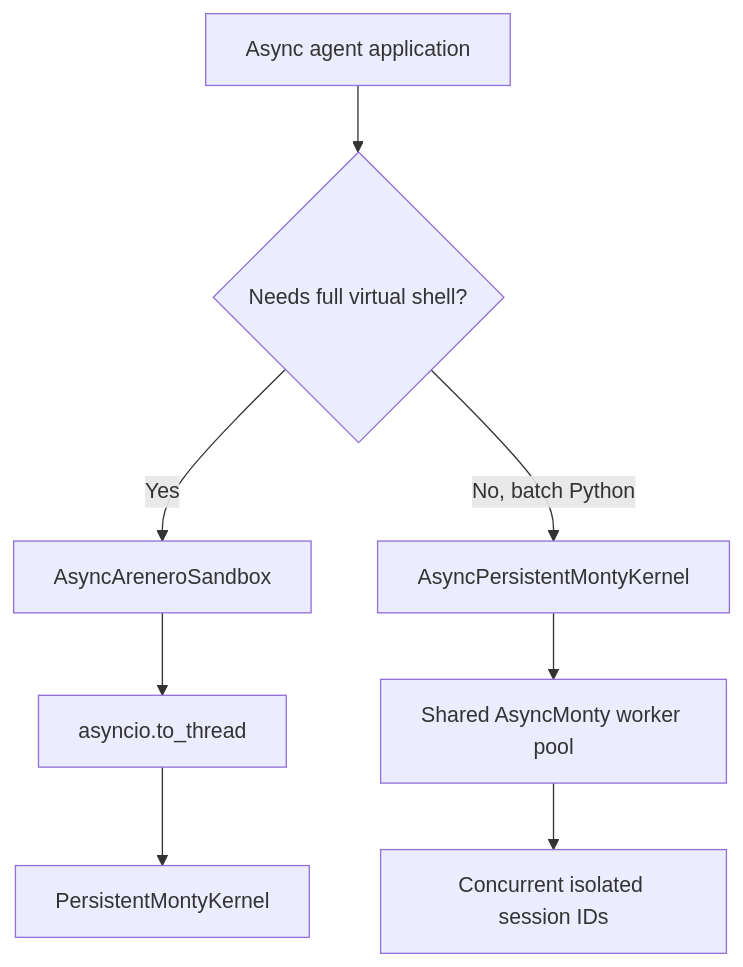
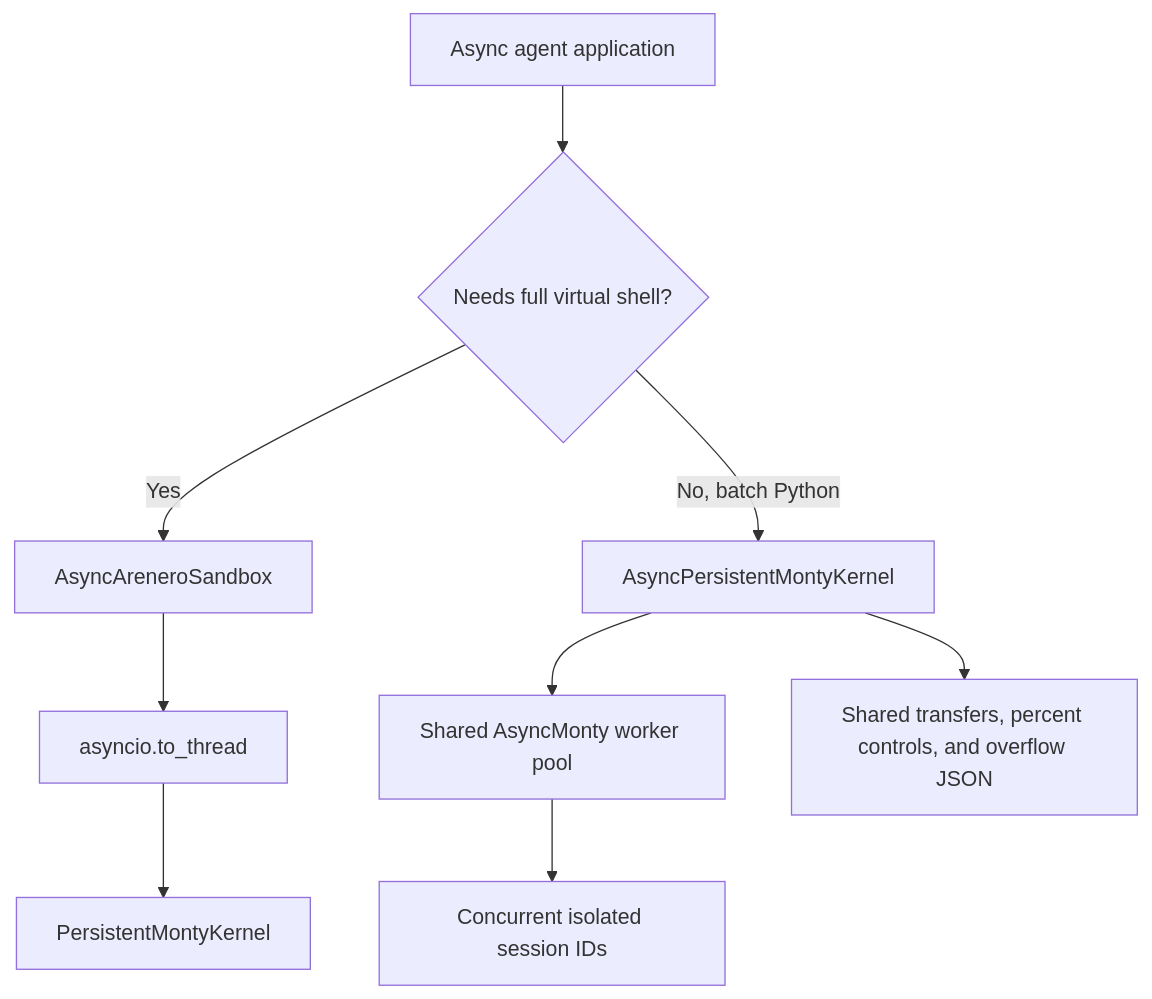
The fourth of 6 diagrams in docs/design-decisions.md (sgaseretto/arenero), drawn with Mermaid before and after one commit. The commit also changed other lines of this file and 23 other files, not shown here.

````diff
--- a/docs/design-decisions.md
+++ b/docs/design-decisions.md
@@ -207,10 +208,11 @@
 ```mermaid
 flowchart TB
     AsyncApp["Async agent application"] --> Choice{"Needs full virtual shell?"}
     Choice -->|Yes| Facade["AsyncAreneroSandbox"]
     Facade --> Threads["asyncio.to_thread"]
     Threads --> Sync["PersistentMontyKernel"]
     Choice -->|No, batch Python| Native["AsyncPersistentMontyKernel"]
     Native --> Pool["Shared AsyncMonty worker pool"]
     Pool --> Sessions["Concurrent isolated session IDs"]
+    Native --> Utilities["Shared transfers, percent controls, and overflow JSON"]
 ```
````
